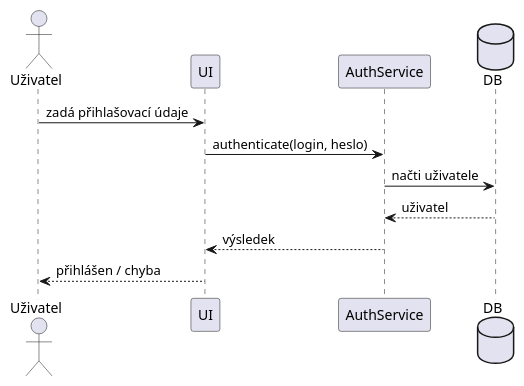
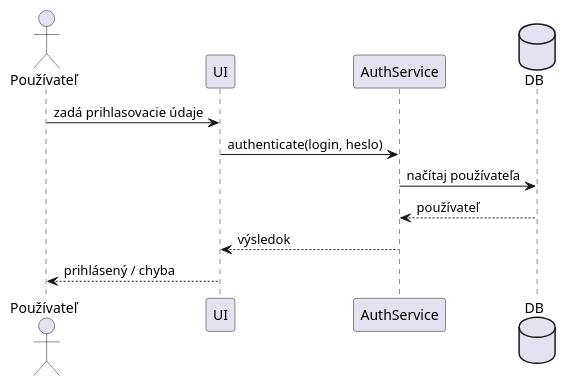
One commit to aidetemcz/chatveskole changed the second of 3 diagrams in content/sk/skills/procesni-analytik/references/notace-uml.md. Above: the diagram before and after it, drawn with PlantUML. The commit also changed other lines of this file and 96 other files, not shown here.

````diff
--- a/content/sk/skills/procesni-analytik/references/notace-uml.md
+++ b/content/sk/skills/procesni-analytik/references/notace-uml.md
@@ -95,15 +95,15 @@
 ```plantuml
 @startuml
-actor Uživatel
+actor Používateľ
 participant UI
 participant AuthService
 database DB
 
-Uživatel -> UI : zadá přihlašovací údaje
+Používateľ -> UI : zadá prihlasovacie údaje
 UI -> AuthService : authenticate(login, heslo)
-AuthService -> DB : načti uživatele
-DB --> AuthService : uživatel
-AuthService --> UI : výsledek
-UI --> Uživatel : přihlášen / chyba
+AuthService -> DB : načítaj používateľa
+DB --> AuthService : používateľ
+AuthService --> UI : výsledok
+UI --> Používateľ : prihlásený / chyba
 @enduml
 ```
````
